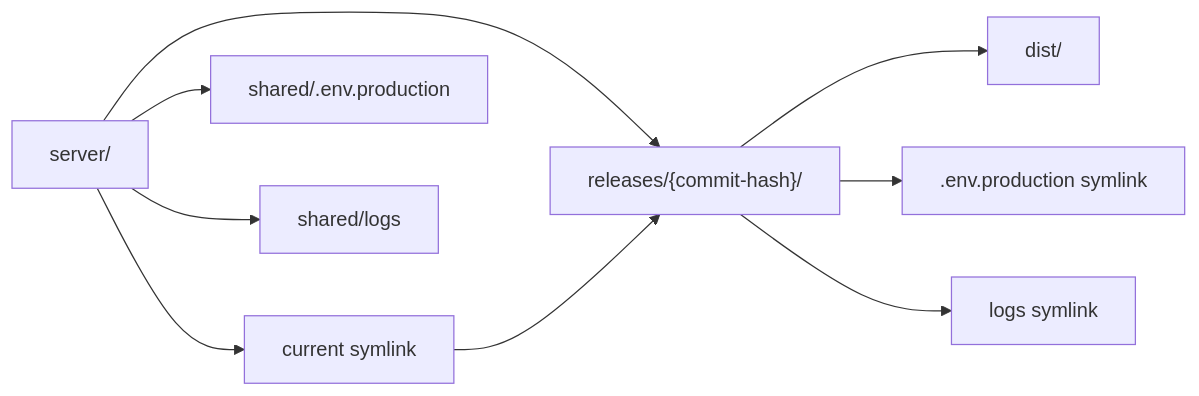
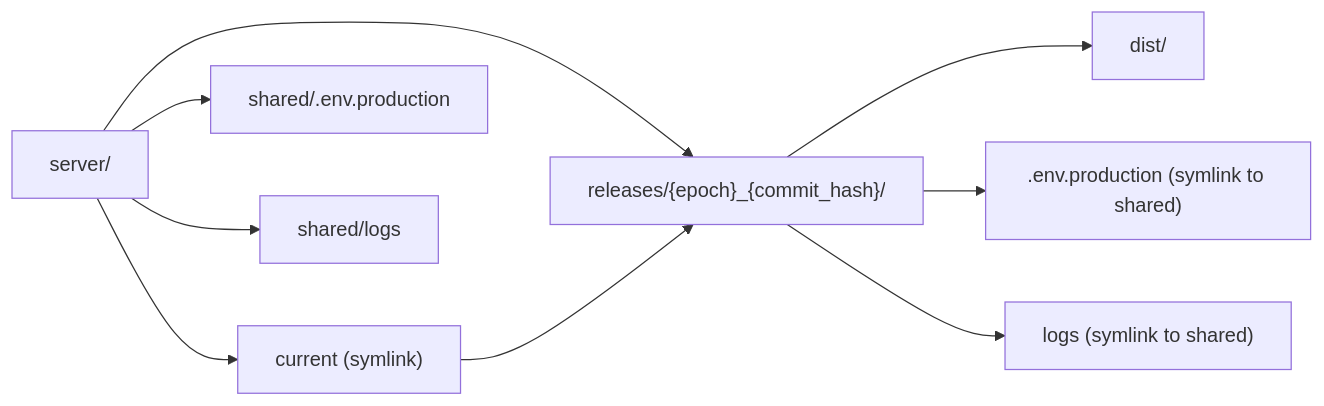
The fourth of 6 diagrams in docs/architecture/CI_CD_PIPELINE_ARCHITECTURE.md (IamDevTrivedi/Trimium), drawn with Mermaid before and after one commit. The commit also changed other lines of this file and 5 other files, not shown here.

````diff
--- a/docs/architecture/CI_CD_PIPELINE_ARCHITECTURE.md
+++ b/docs/architecture/CI_CD_PIPELINE_ARCHITECTURE.md
@@ -312,13 +327,13 @@
 ```mermaid
 flowchart LR
-A[server/] --> B["releases/{commit-hash}/"]
-A --> C["current symlink"]
-A --> D["shared/.env.production"]
-A --> E["shared/logs"]
+    A["server/"] --> B["releases/{epoch}_{commit_hash}/"]
+    A --> C["current (symlink)"]
+    A --> D["shared/.env.production"]
+    A --> E["shared/logs"]
 
-B --> F["dist/"]
-B --> G[".env.production symlink"]
-B --> H["logs symlink"]
+    B --> F["dist/"]
+    B --> G[".env.production (symlink to shared)"]
+    B --> H["logs (symlink to shared)"]
 
-C --> B
+    C --> B
 ```
````
